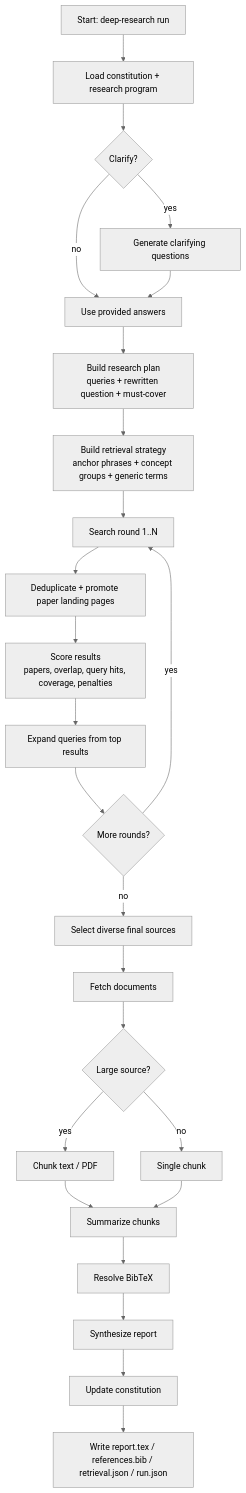
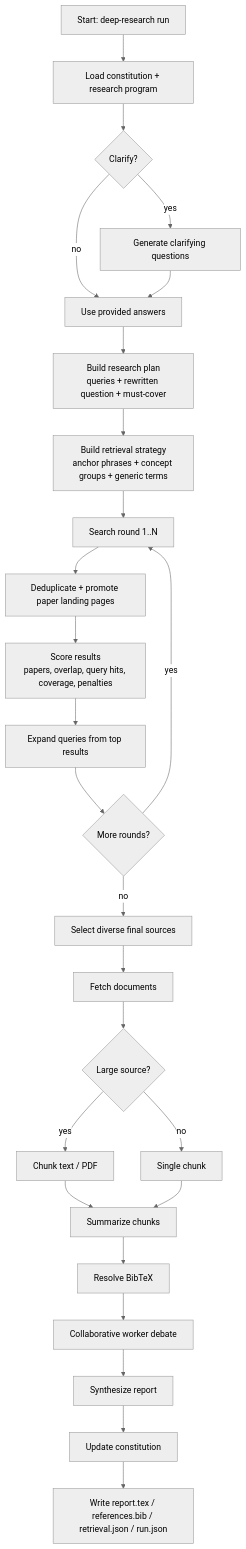
Before and after one commit to kunpai/research: the second of 3 diagrams in README.md, drawn with Mermaid (neutral theme). The commit also changed other lines of this file and 16 other files, not shown here.

````diff
--- a/README.md
+++ b/README.md
@@ -54,27 +57,28 @@
 ```mermaid
 flowchart TD
     A["Start: deep-research run <topic>"] --> B["Load constitution + research program"]
     B --> C{"Clarify?"}
     C -->|yes| D["Generate clarifying questions"]
     C -->|no| E["Use provided answers"]
     D --> E
     E --> F["Build research plan\nqueries + rewritten question + must-cover"]
     F --> G["Build retrieval strategy\nanchor phrases + concept groups + generic terms"]
     G --> H["Search round 1..N"]
     H --> I["Deduplicate + promote paper landing pages"]
     I --> J["Score results\npapers, overlap, query hits, coverage, penalties"]
     J --> K["Expand queries from top results"]
     K --> L{"More rounds?"}
     L -->|yes| H
     L -->|no| M["Select diverse final sources"]
     M --> N["Fetch documents"]
     N --> O{"Large source?"}
     O -->|yes| P["Chunk text / PDF"]
     O -->|no| Q["Single chunk"]
     P --> R["Summarize chunks"]
     Q --> R
     R --> S["Resolve BibTeX"]
-    S --> T["Synthesize report"]
-    T --> U["Update constitution"]
-    U --> V["Write report.tex / references.bib / retrieval.json / run.json"]
+    S --> T["Collaborative worker debate"]
+    T --> U["Synthesize report"]
+    U --> V["Update constitution"]
+    V --> W["Write report.tex / references.bib / retrieval.json / run.json"]
 ```
````
